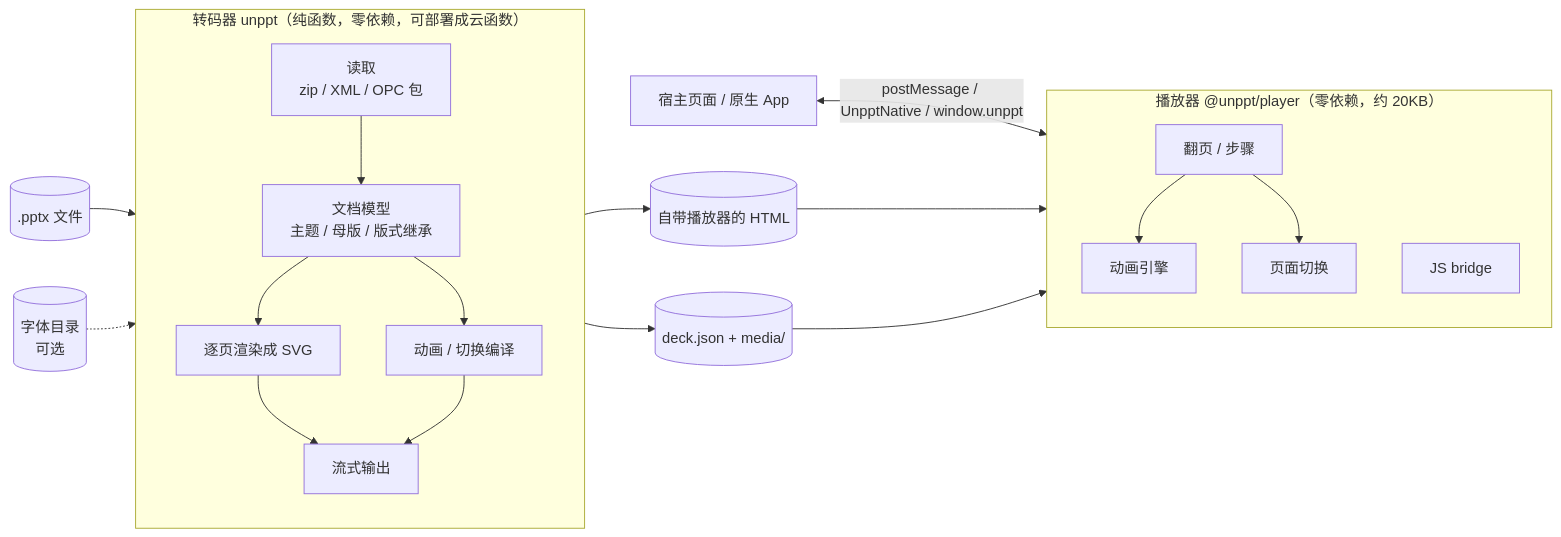
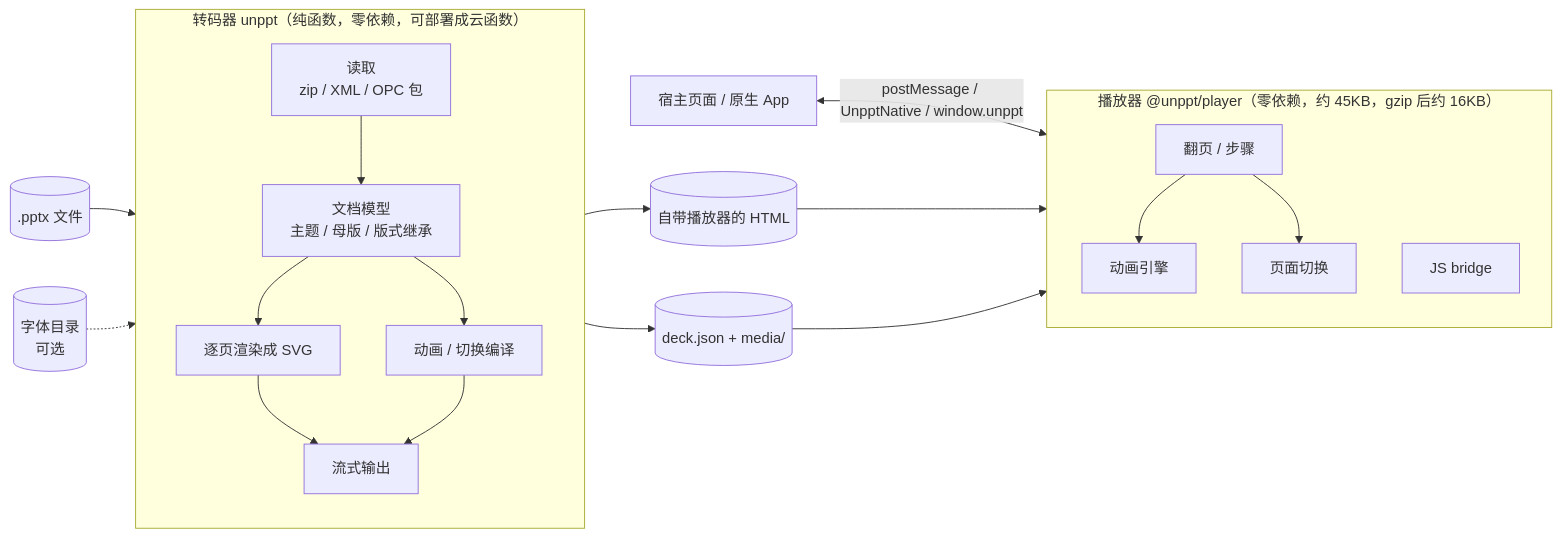
One commit to spitmaster/unppt changed the first of 5 diagrams in docs/architecture.md. Above: the diagram before and after it, drawn with Mermaid. The commit also changed 4 other files, not shown here.

````diff
--- a/docs/architecture.md
+++ b/docs/architecture.md
@@ -8,24 +8,24 @@
 ```mermaid
 flowchart LR
   pptx[(.pptx 文件)] --> T
   fonts[(字体目录<br/>可选)] -.-> T
   subgraph T["转码器 unppt（纯函数，零依赖，可部署成云函数）"]
     direction TB
     read[读取<br/>zip / XML / OPC 包] --> model[文档模型<br/>主题 / 母版 / 版式继承]
     model --> render[逐页渲染成 SVG]
     model --> anim[动画 / 切换编译]
     render --> out[流式输出]
     anim --> out
   end
   out --> html[(自带播放器的 HTML)]
   out --> json[(deck.json + media/)]
   html --> P
   json --> P
-  subgraph P["播放器 @unppt/player（零依赖，约 20KB）"]
+  subgraph P["播放器 @unppt/player（零依赖，约 45KB，gzip 后约 16KB）"]
     direction TB
     nav[翻页 / 步骤] --> engine[动画引擎]
     nav --> trans[页面切换]
     bridge[JS bridge]
   end
   host[宿主页面 / 原生 App] <-->|"postMessage / UnpptNative / window.unppt"| bridge
 ```
````
